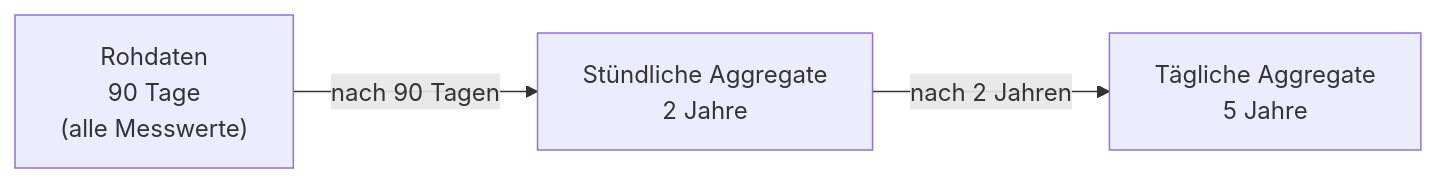
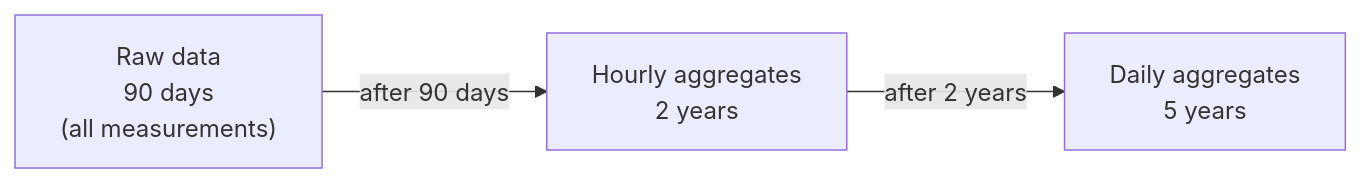
One commit to nolte/kamerplanter changed the second of 2 diagrams in docs/de/architecture/database.md. Above: the diagram before and after it, drawn with Mermaid. The commit also changed other lines of this file and 44 other files, not shown here.

First line of the commit message:
docs: make all Mermaid diagrams spec-compliant (repo-wide sweep)

````diff
--- a/docs/de/architecture/database.md
+++ b/docs/de/architecture/database.md
@@ -204,9 +206,9 @@
 ```mermaid
-graph LR
-    RAW["Rohdaten\n90 Tage\n(alle Messwerte)"]
-    H1["Stündliche Aggregate\n2 Jahre"]
-    D1["Tägliche Aggregate\n5 Jahre"]
+flowchart LR
+    RAW["Raw data<br/>90 days<br/>(all measurements)"]
+    H1["Hourly aggregates<br/>2 years"]
+    D1["Daily aggregates<br/>5 years"]
 
-    RAW -->|"nach 90 Tagen"| H1
-    H1 -->|"nach 2 Jahren"| D1
+    RAW -->|"after 90 days"| H1
+    H1 -->|"after 2 years"| D1
 ```
````
